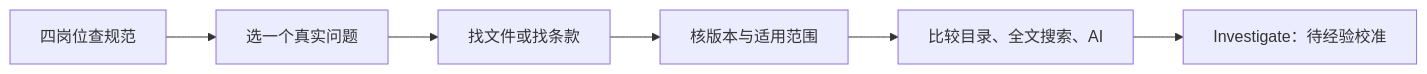
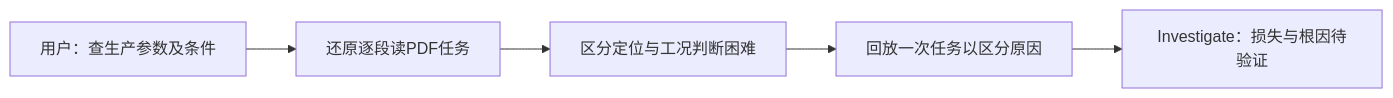
One commit to meiluosi/fde-problem-framing changed the first of 4 diagrams in examples/cbm-standards/diagrams.md. Above: the diagram before and after it, drawn with Mermaid. The commit also changed other lines of this file and 29 other files, not shown here.

````diff
--- a/examples/cbm-standards/diagrams.md
+++ b/examples/cbm-standards/diagrams.md
@@ -4,8 +4,7 @@
 ```mermaid
 flowchart LR
- A["四岗位查规范"] --> B["选一个真实问题"]
- B --> C["找文件或找条款"]
- C --> D["核版本与适用范围"]
- D --> E["比较目录、全文搜索、AI"]
- E --> F["Investigate：待经验校准"]
+ A["用户：查生产参数及条件"] --> B["还原逐段读PDF任务"]
+ B --> C["区分定位与工况判断困难"]
+ C --> D["回放一次任务以区分原因"]
+ D --> E["Investigate：损失与根因待验证"]
 ```
````
